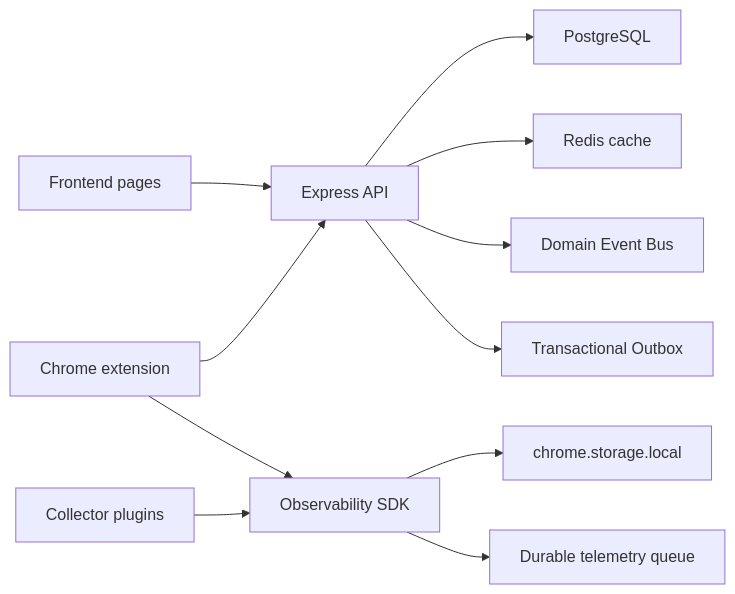
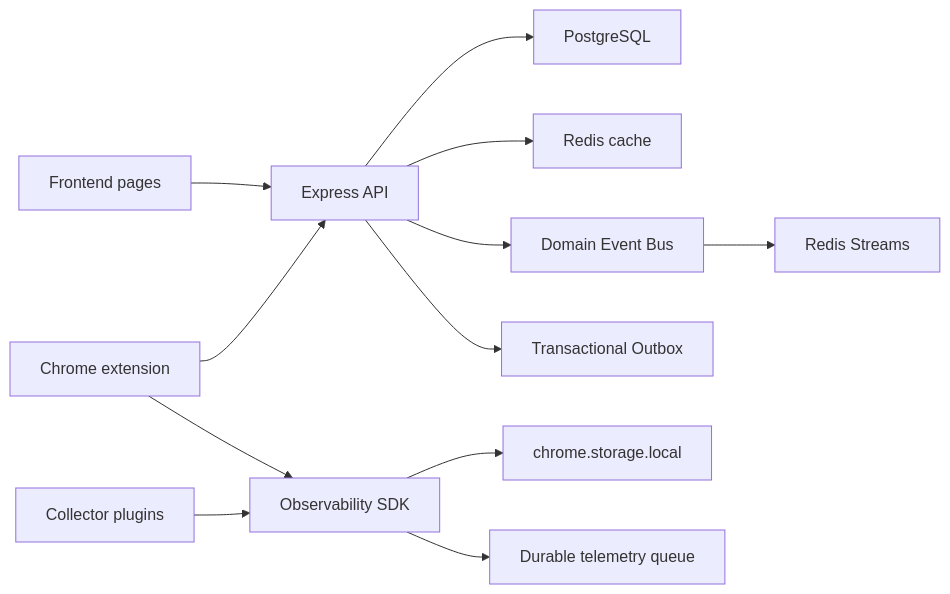
One commit to Absosh/CPInsight changed the diagram in docs/README.md. Above: the diagram before and after it, drawn with Mermaid. The commit also changed other lines of this file and 24 other files, not shown here.

````diff
--- a/docs/README.md
+++ b/docs/README.md
@@ -64,13 +65,14 @@
 ```mermaid
 flowchart LR
   Browser["Frontend pages"] --> API["Express API"]
   API --> PG["PostgreSQL"]
   API --> Redis["Redis cache"]
   API --> DomainBus["Domain Event Bus"]
   API --> Outbox["Transactional Outbox"]
+  DomainBus --> RedisStreams["Redis Streams"]
   Extension["Chrome extension"] --> API
   Extension --> SDK["Observability SDK"]
   SDK --> Store["chrome.storage.local"]
   SDK --> Queue["Durable telemetry queue"]
   Collectors["Collector plugins"] --> SDK
 ```
````
